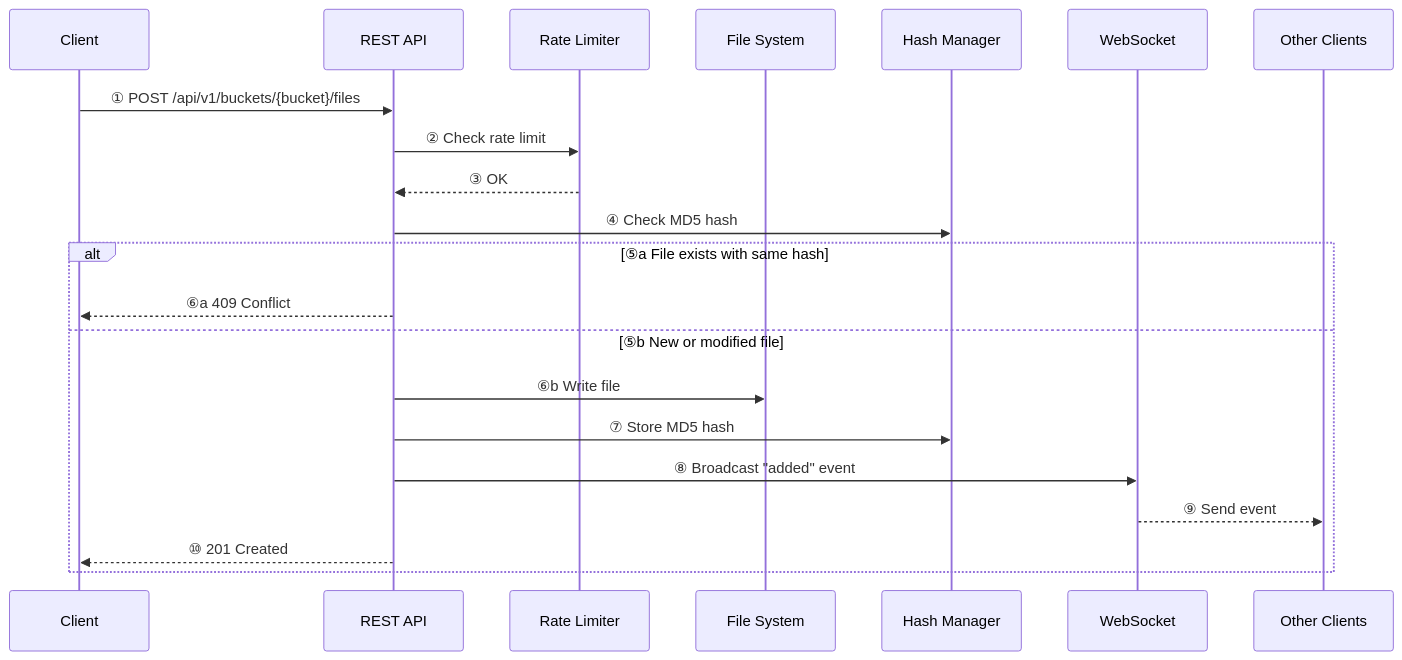
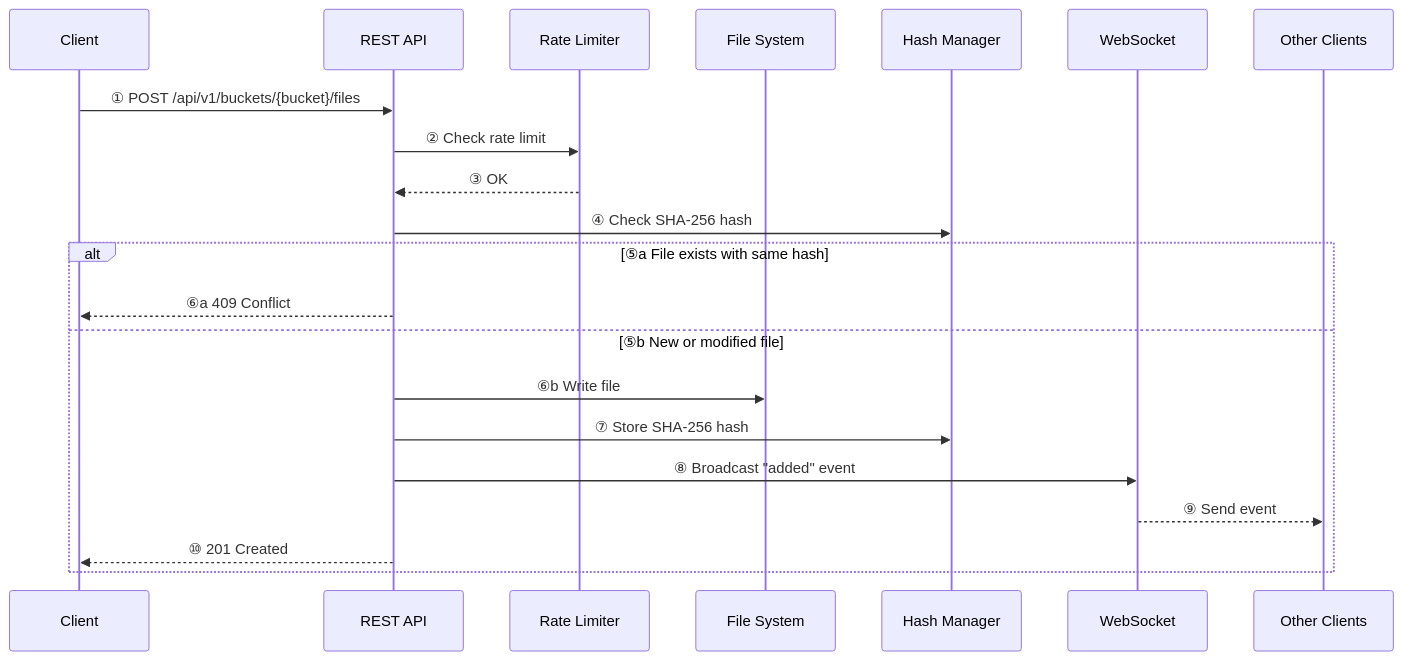
One commit to albertsdk/hsync-server changed the third of 4 diagrams in docs/architecture.md. Above: the diagram before and after it, drawn with Mermaid. The commit also changed other lines of this file and 24 other files, not shown here.

````diff
--- a/docs/architecture.md
+++ b/docs/architecture.md
@@ -114,24 +114,24 @@
 ```mermaid
 sequenceDiagram
     participant C as Client
     participant API as REST API
     participant RL as Rate Limiter
     participant FS as File System
     participant HM as Hash Manager
     participant WS as WebSocket
     participant OC as Other Clients
 
     C->>API: ① POST /api/v1/buckets/{bucket}/files
     API->>RL: ② Check rate limit
     RL-->>API: ③ OK
-    API->>HM: ④ Check MD5 hash
+    API->>HM: ④ Check SHA-256 hash
     alt ⑤a File exists with same hash
         API-->>C: ⑥a 409 Conflict
     else ⑤b New or modified file
         API->>FS: ⑥b Write file
-        API->>HM: ⑦ Store MD5 hash
+        API->>HM: ⑦ Store SHA-256 hash
         API->>WS: ⑧ Broadcast "added" event
         WS-->>OC: ⑨ Send event
         API-->>C: ⑩ 201 Created
     end
 ```
````
